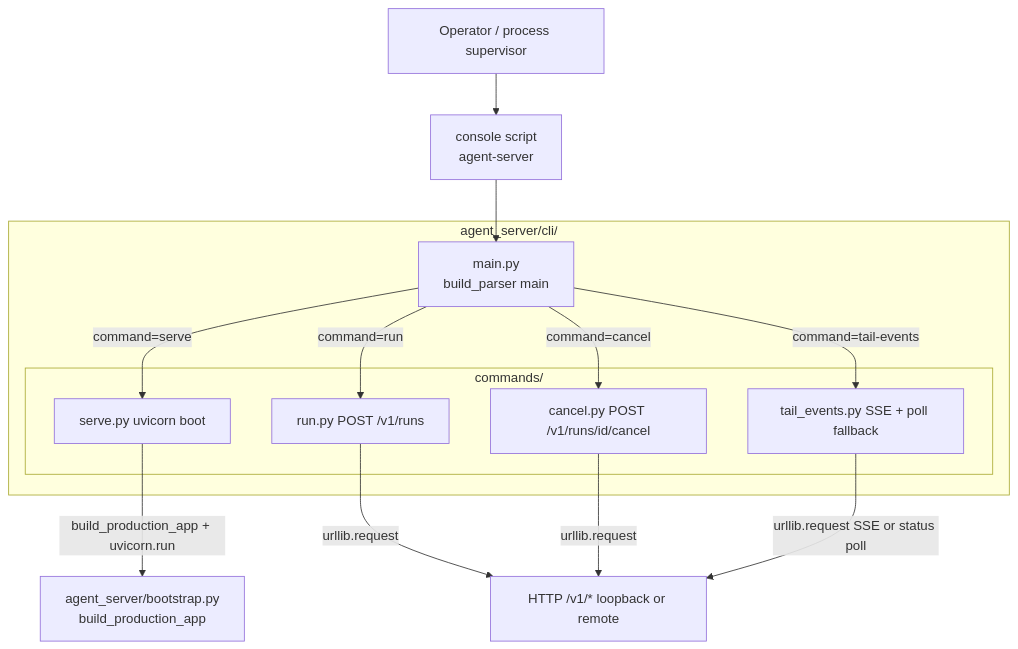
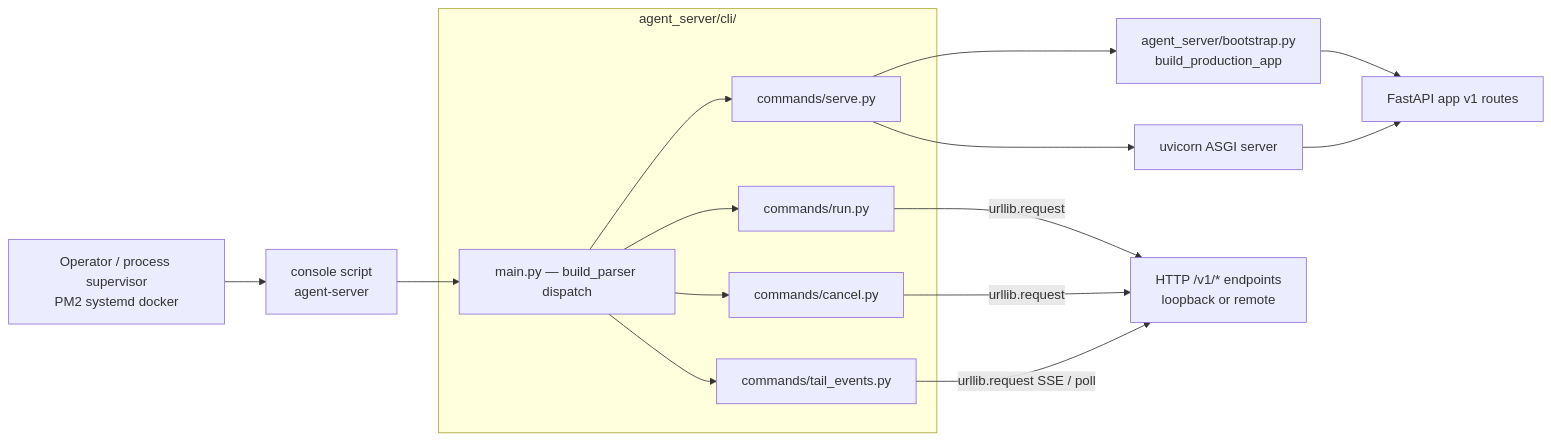
Before and after one commit to chaosxingxc-orion/hi-agent: the first of 5 diagrams in agent_server/cli/ARCHITECTURE.md, drawn with Mermaid. The commit also changed other lines of this file and 25 other files, not shown here.

First line of the commit message:
[W35-corrective] Refresh ARCHITECTURE.md hierarchy + add missing READMEs

````diff
--- a/agent_server/cli/ARCHITECTURE.md
+++ b/agent_server/cli/ARCHITECTURE.md
@@ -46,30 +57,32 @@
 ```mermaid
-graph TD
-    USER[Operator / process supervisor]
+flowchart LR
+    USER[Operator / process supervisor<br/>PM2 systemd docker]
     SCRIPT[console script<br/>agent-server]
 
     subgraph CLI[agent_server/cli/]
-        MAIN[main.py<br/>build_parser main]
-        subgraph CMDS[commands/]
-            SERVE[serve.py uvicorn boot]
-            RUN[run.py POST /v1/runs]
-            CANCEL[cancel.py POST /v1/runs/id/cancel]
-            TAIL[tail_events.py SSE + poll fallback]
-        end
+        MAIN[main.py — build_parser dispatch]
+        SERVE[commands/serve.py]
+        RUN[commands/run.py]
+        CANCEL[commands/cancel.py]
+        TAIL[commands/tail_events.py]
     end
 
-    BS[agent_server/bootstrap.py<br/>build_production_app]
-    HTTP_API[HTTP /v1/* loopback or remote]
+    BOOT[agent_server/bootstrap.py<br/>build_production_app]
+    UVICORN[uvicorn ASGI server]
+    APP[FastAPI app v1 routes]
+    HTTP[HTTP /v1/* endpoints<br/>loopback or remote]
 
     USER --> SCRIPT
     SCRIPT --> MAIN
-    MAIN -->|command=serve| SERVE
-    MAIN -->|command=run| RUN
-    MAIN -->|command=cancel| CANCEL
-    MAIN -->|command=tail-events| TAIL
-
-    SERVE -->|build_production_app + uvicorn.run| BS
-    RUN -->|urllib.request| HTTP_API
-    CANCEL -->|urllib.request| HTTP_API
-    TAIL -->|urllib.request SSE or status poll| HTTP_API
+    MAIN --> SERVE
+    MAIN --> RUN
+    MAIN --> CANCEL
+    MAIN --> TAIL
+    SERVE --> BOOT
+    BOOT --> APP
+    SERVE --> UVICORN
+    UVICORN --> APP
+    RUN -->|urllib.request| HTTP
+    CANCEL -->|urllib.request| HTTP
+    TAIL -->|urllib.request SSE / poll| HTTP
 ```
````
